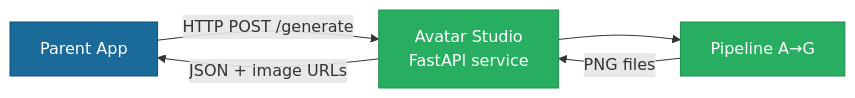
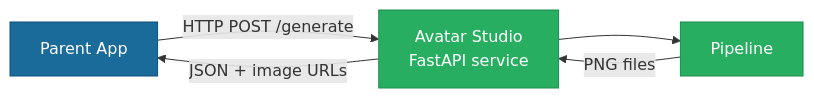
One commit to E-Brons/avatar-studio changed the second of 2 diagrams in docs/software/sw_integrations.md. Above: the diagram before and after it, drawn with Mermaid. The commit also changed other lines of this file and 35 other files, not shown here.

````diff
--- a/docs/software/sw_integrations.md
+++ b/docs/software/sw_integrations.md
@@ -59,14 +59,14 @@
 ```mermaid
 graph LR
     classDef parent fill:#1A6A9A,color:#fff,stroke:#0D4F7A
     classDef service fill:#27AE60,color:#fff,stroke:#1E8C4E
 
     ParentApp["Parent App"]:::parent
     AvatarStudio["Avatar Studio<br/>FastAPI service"]:::service
-    Pipeline["Pipeline A→G"]:::service
+    Pipeline["Pipeline"]:::service
 
     ParentApp -->|HTTP POST /generate| AvatarStudio
     AvatarStudio --> Pipeline
     Pipeline -->|PNG files| AvatarStudio
     AvatarStudio -->|JSON + image URLs| ParentApp
 ```
````
